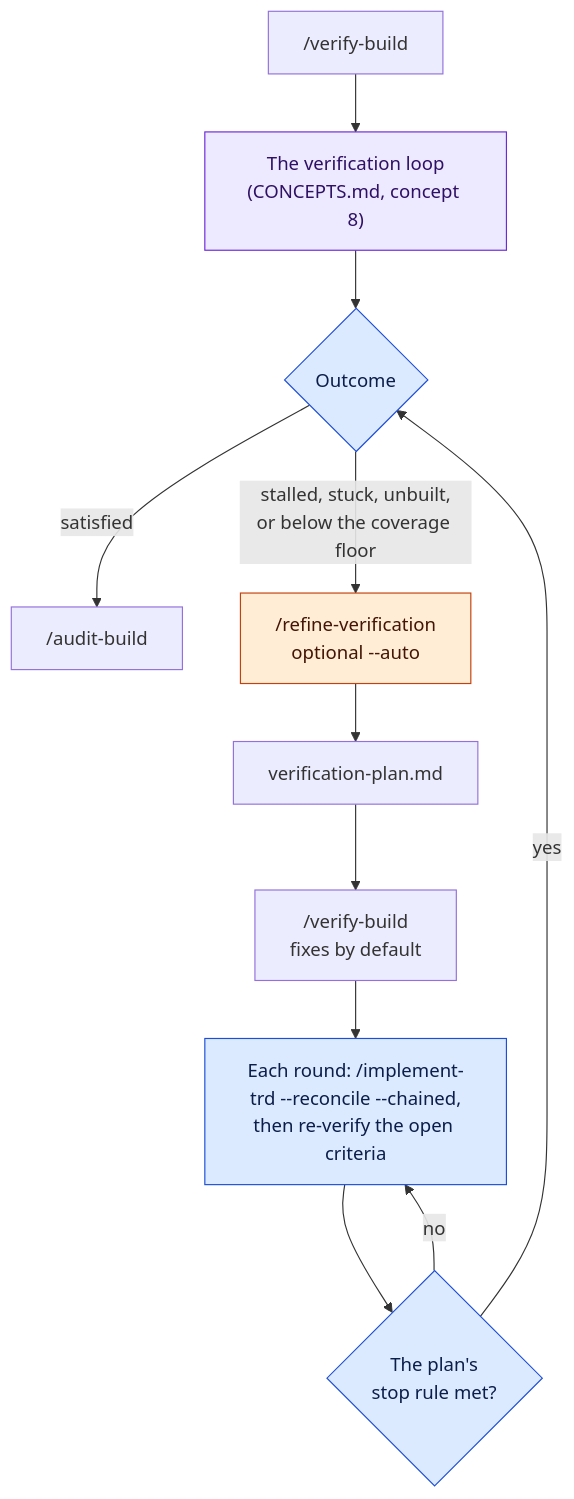
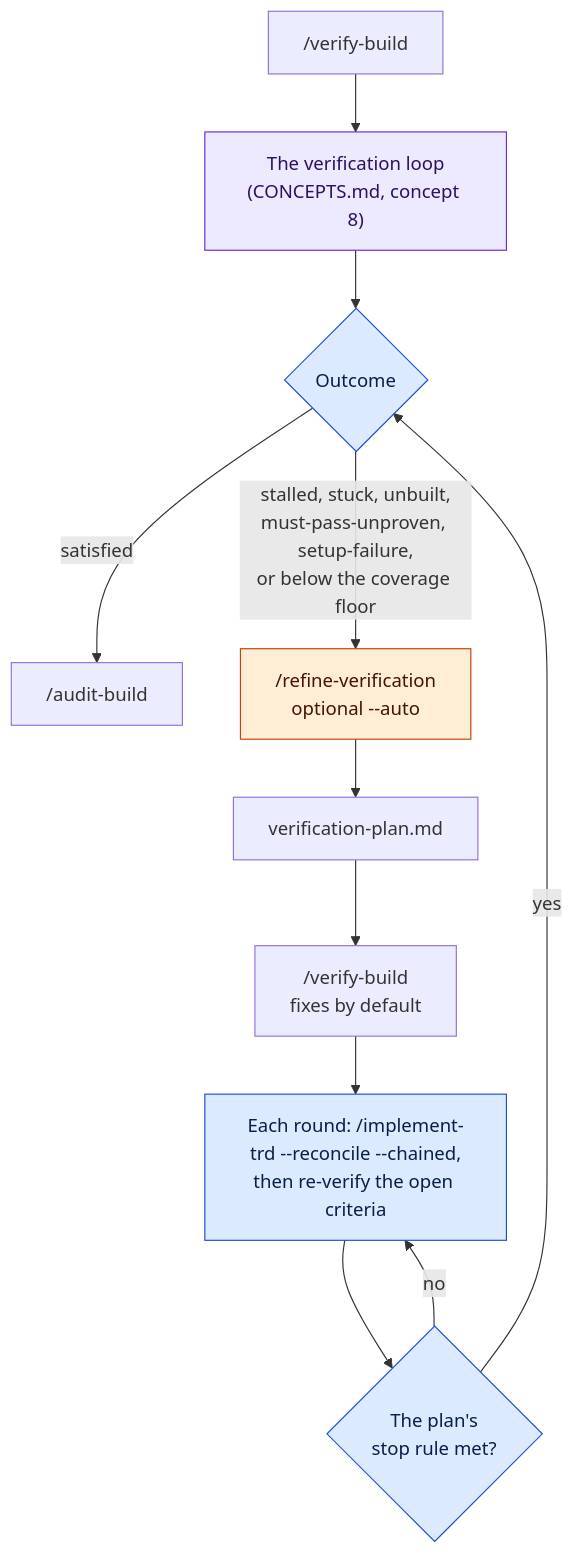
One commit to FortiumPartners/ensemble-vnext changed the tenth of 13 diagrams in docs/guides/PROCESS.md. Above: the diagram before and after it, drawn with Mermaid. The commit also changed other lines of this file and 128 other files, not shown here.

````diff
--- a/docs/guides/PROCESS.md
+++ b/docs/guides/PROCESS.md
@@ -272,12 +371,12 @@
 ```mermaid
 flowchart TD
     vb["/verify-build"] --> loop["The verification loop<br/>(CONCEPTS.md, concept 8)"]:::model --> o{"Outcome"}:::code
     o -->|"satisfied"| ab["/audit-build"]
-    o -->|"stalled, stuck, unbuilt,<br/>or below the coverage floor"| rec["/refine-verification<br/>optional --auto"]:::you --> plan["verification-plan.md"] --> fix["/verify-build<br/>fixes by default"]
+    o -->|"stalled, stuck, unbuilt,<br/>must-pass-unproven, setup-failure,<br/>or below the coverage floor"| rec["/refine-verification<br/>optional --auto"]:::you --> plan["verification-plan.md"] --> fix["/verify-build<br/>fixes by default"]
     fix --> round["Each round: /implement-trd --reconcile --chained,<br/>then re-verify the open criteria"]:::code --> sr{"The plan's<br/>stop rule met?"}:::code
     sr -->|"no"| round
     sr -->|"yes"| o
     classDef code fill:#dbeafe,stroke:#1d4ed8,color:#0b1d4a
     classDef model fill:#ede9fe,stroke:#6d28d9,color:#2e1065
     classDef you fill:#ffedd5,stroke:#c2410c,color:#431407
 ```
````
